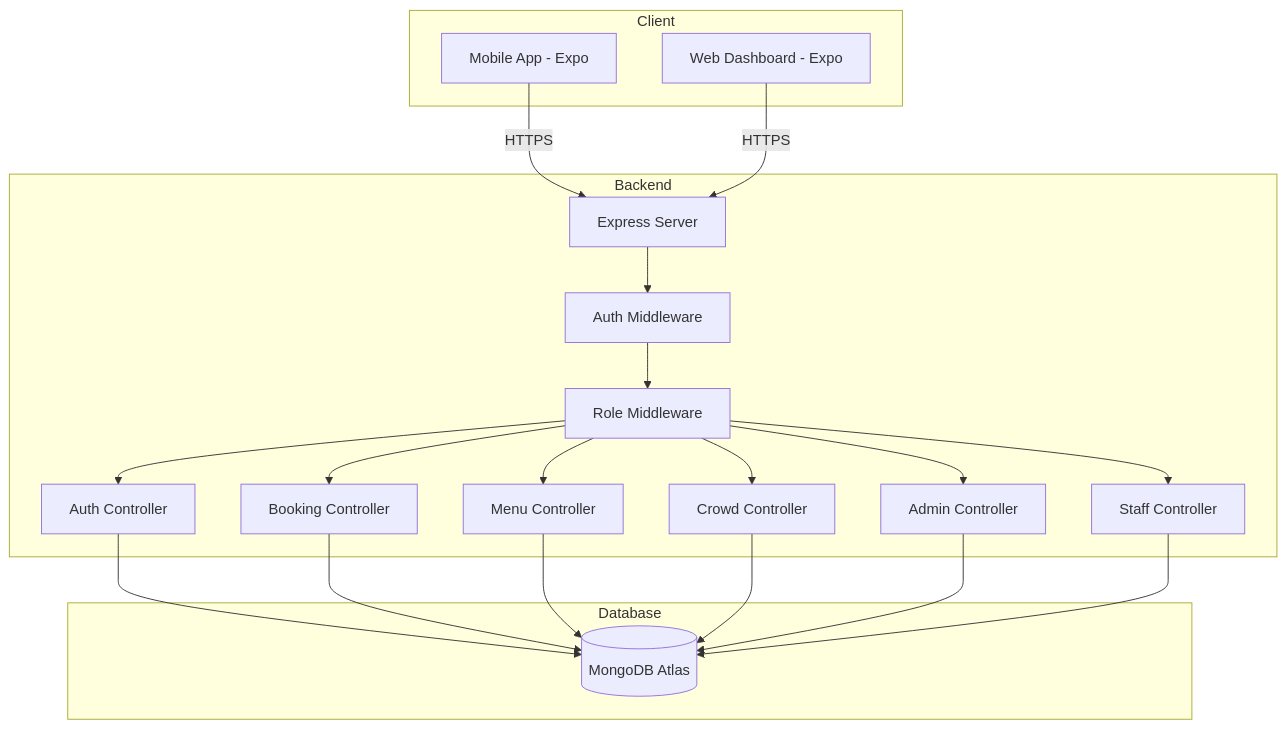
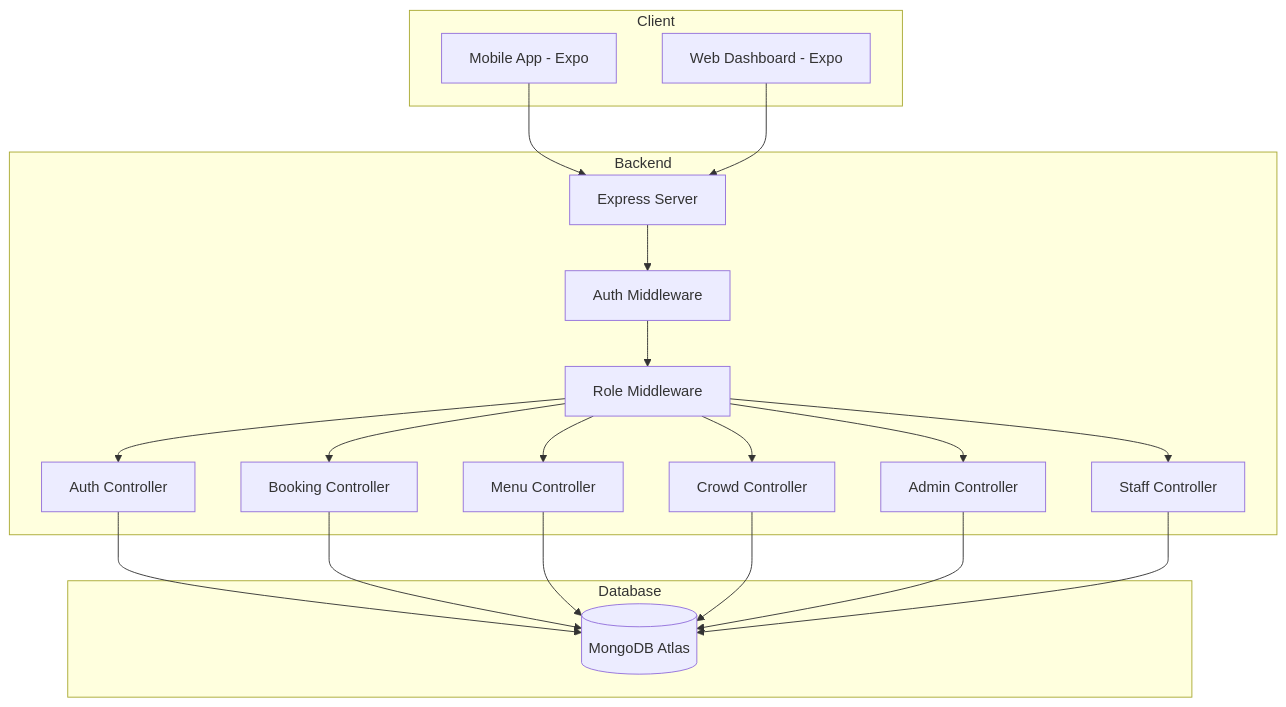
Before and after one commit to rithivik-1512/voice_controlled_robot: the diagram in README.md, drawn with Mermaid.

````diff
--- a/README.md
+++ b/README.md
@@ -5,51 +5,51 @@
 ```mermaid
 flowchart TD
 
     %% Client Layer
     subgraph Client
         A[Mobile App - Expo]
         B[Web Dashboard - Expo]
     end
 
     %% Backend Layer
     subgraph Backend
         D[Express Server]
         E[Auth Middleware]
         F[Role Middleware]
         G[Auth Controller]
         H[Booking Controller]
         I[Menu Controller]
         J[Crowd Controller]
         K[Admin Controller]
         L[Staff Controller]
     end
 
     %% Database Layer
     subgraph Database
         M[(MongoDB Atlas)]
     end
 
     %% Flow
-    A -->|HTTPS| D
-    B -->|HTTPS| D
+    A --> D
+    B --> D
 
     D --> E
     E --> F
 
     F --> G
     F --> H
     F --> I
     F --> J
     F --> K
     F --> L
 
     G --> M
     H --> M
     I --> M
     J --> M
     K --> M
     L --> M
 
 
 
 ```
````
